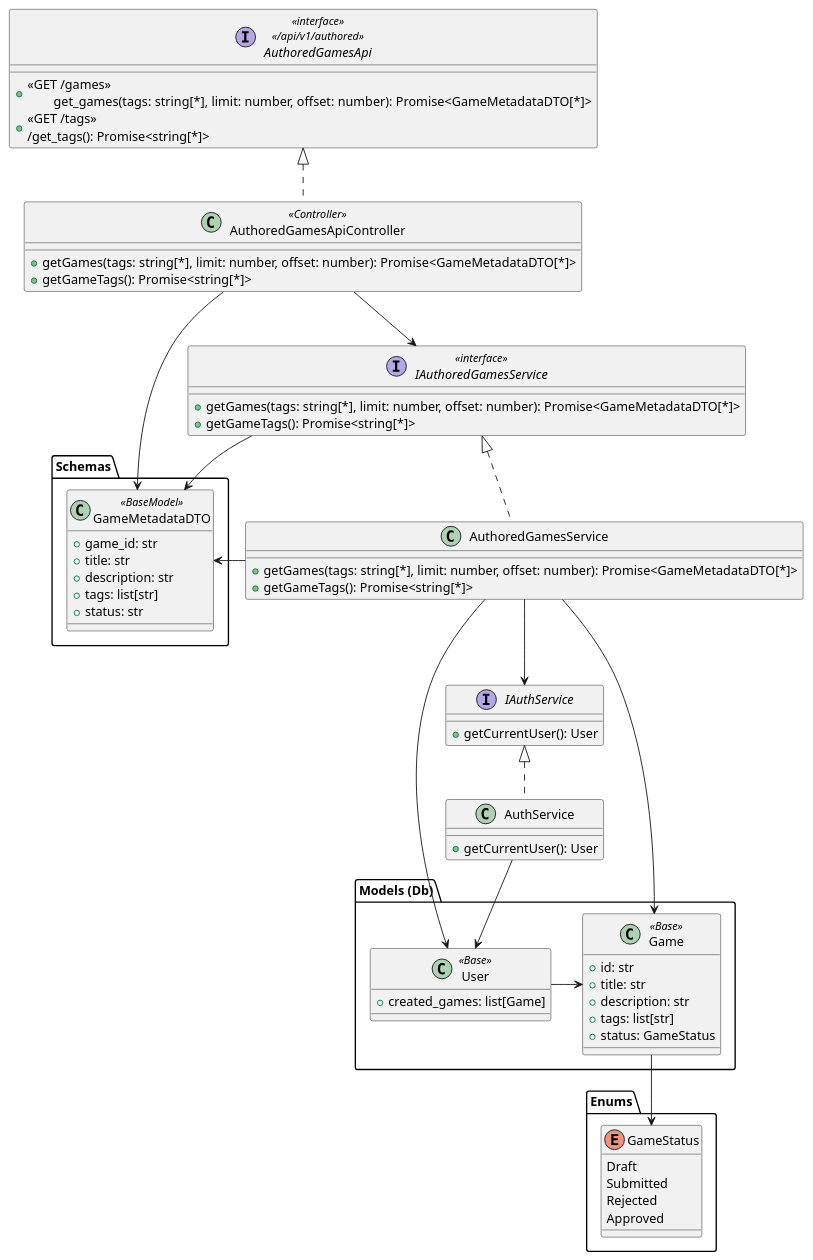
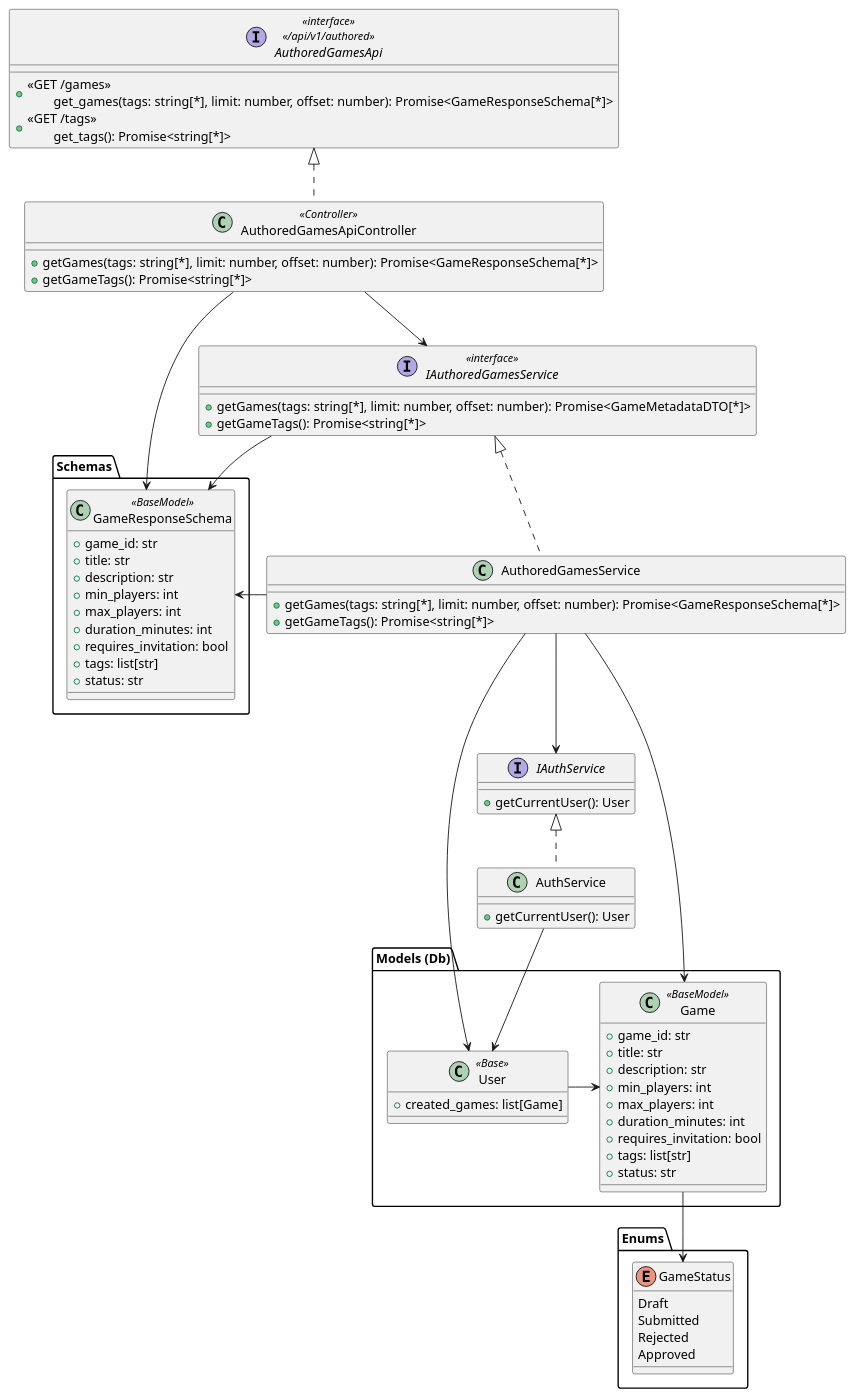
Before and after one commit to Igor-Ochocki/POP-2026Z: the diagram in diagrams/backend/authors-game-list.md, drawn with PlantUML. The commit also changed other lines of this file and 1 other file, not shown here.

Commit message:
Update DTOs

````diff
--- a/diagrams/backend/authors-game-list.md
+++ b/diagrams/backend/authors-game-list.md
@@ -1,16 +1,17 @@
+```plantuml
 @startuml
 interface AuthoredGamesApi <<interface>>\n<< /api/v1/authored >> {
-    + <<GET /games >>\n\tget_games(tags: string[*], limit: number, offset: number): Promise<GameMetadataDTO[*]>
-    + <<GET /tags >>\n/get_tags(): Promise<string[*]>
+    + <<GET /games >>\n\tget_games(tags: string[*], limit: number, offset: number): Promise<GameResponseSchema[*]>
+    + <<GET /tags >>\n\tget_tags(): Promise<string[*]>
 }
 
 class AuthoredGamesApiController <<Controller>> implements AuthoredGamesApi {
-    +getGames(tags: string[*], limit: number, offset: number): Promise<GameMetadataDTO[*]>
+    +getGames(tags: string[*], limit: number, offset: number): Promise<GameResponseSchema[*]>
     +getGameTags(): Promise<string[*]>
 }
 
 class AuthoredGamesService implements IAuthoredGamesService {
-    +getGames(tags: string[*], limit: number, offset: number): Promise<GameMetadataDTO[*]>
+    +getGames(tags: string[*], limit: number, offset: number): Promise<GameResponseSchema[*]>
     +getGameTags(): Promise<string[*]>
 }
 
@@ -24,12 +25,17 @@
 
 
 package "Models (Db)" as models {
-    class Game <<Base>> {
-        + id: str
+
+    class Game <<BaseModel>> {
+        + game_id: str
         + title: str
         + description: str
+        + min_players: int
+        + max_players: int
+        + duration_minutes: int
+        + requires_invitation: bool
         + tags: list[str]
-        + status: GameStatus
+        + status: str
     }
     
     class User <<Base>> {
@@ -52,10 +58,14 @@
 }
 
 package "Schemas" {
-    class GameMetadataDTO <<BaseModel>> {
+    class GameResponseSchema <<BaseModel>> {
         + game_id: str
         + title: str
         + description: str
+        + min_players: int
+        + max_players: int
+        + duration_minutes: int
+        + requires_invitation: bool
         + tags: list[str]
         + status: str
     }
@@ -64,12 +74,13 @@
 AuthoredGamesApiController --> IAuthoredGamesService
 User -> Game
 Game --> GameStatus
-AuthoredGamesApiController -> GameMetadataDTO
-IAuthoredGamesService -> GameMetadataDTO
-AuthoredGamesService -> GameMetadataDTO
+AuthoredGamesApiController -> GameResponseSchema
+IAuthoredGamesService -> GameResponseSchema
+AuthoredGamesService -> GameResponseSchema
 AuthoredGamesService --> IAuthService
 AuthoredGamesService --> User
 AuthService --> User
 AuthoredGamesService --> Game
 
 @enduml
+```
````
